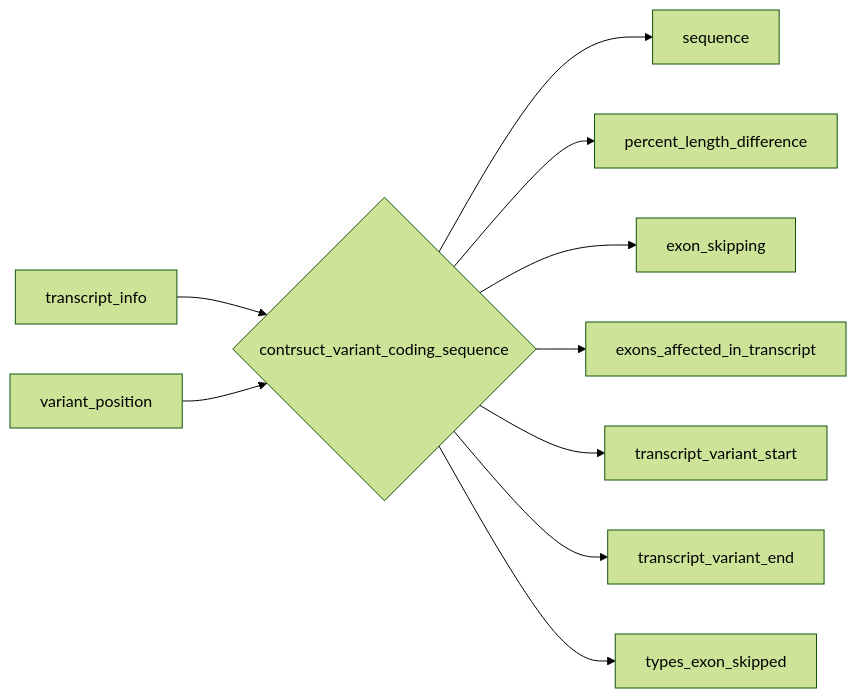
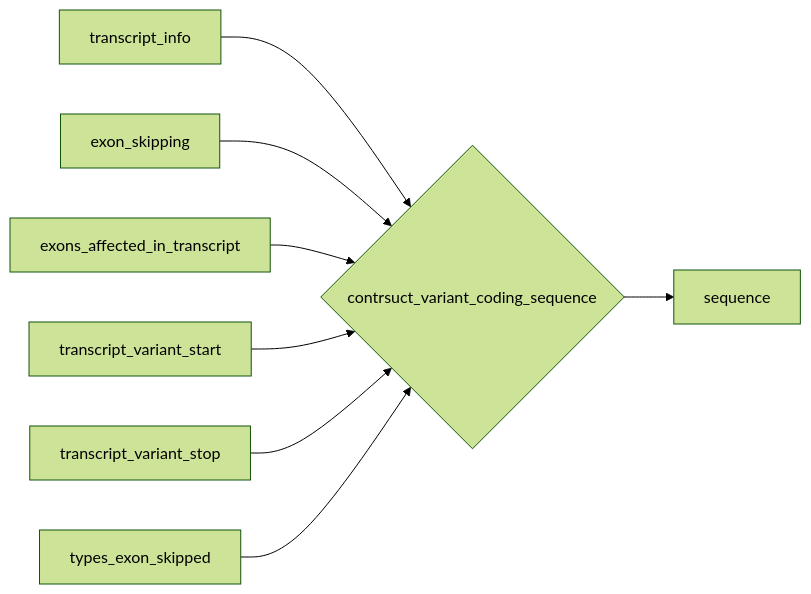
The eighth of 11 diagrams in Software_design/Mermaid.org (akatzke/HerediClassify), drawn with Mermaid (forest theme) before and after one commit. The commit also changed other lines of this file and 3 other files, not shown here.

```diff
--- a/Software_design/Mermaid.org
+++ b/Software_design/Mermaid.org
@@ -142,12 +163,10 @@
 #+begin_src mermaid :file reconstruct_variant_coding_sequence.png
 flowchart LR
-   ti[transcript_info] --> cvs{contrsuct_variant_coding_sequence}
-   vp[variant_position] --> cvs
-   cvs --> seq[sequence]
-   cvs --> pld[percent_length_difference]
-   cvs --> es[exon_skipping]
-   cvs --> nes[exons_affected_in_transcript]
-   cvs --> tvs[transcript_variant_start]
-   cvs --> tve[transcript_variant_end]
-   cvs --> tes[types_exon_skipped]
+   transcript_info --> cvs{contrsuct_variant_coding_sequence}
+   cvs --> sequence
+   exon_skipping --> cvs
+   exons_affected_in_transcript --> cvs
+   transcript_variant_start --> cvs
+   transcript_variant_stop --> cvs
+   types_exon_skipped --> cvs
 #+end_src
```
